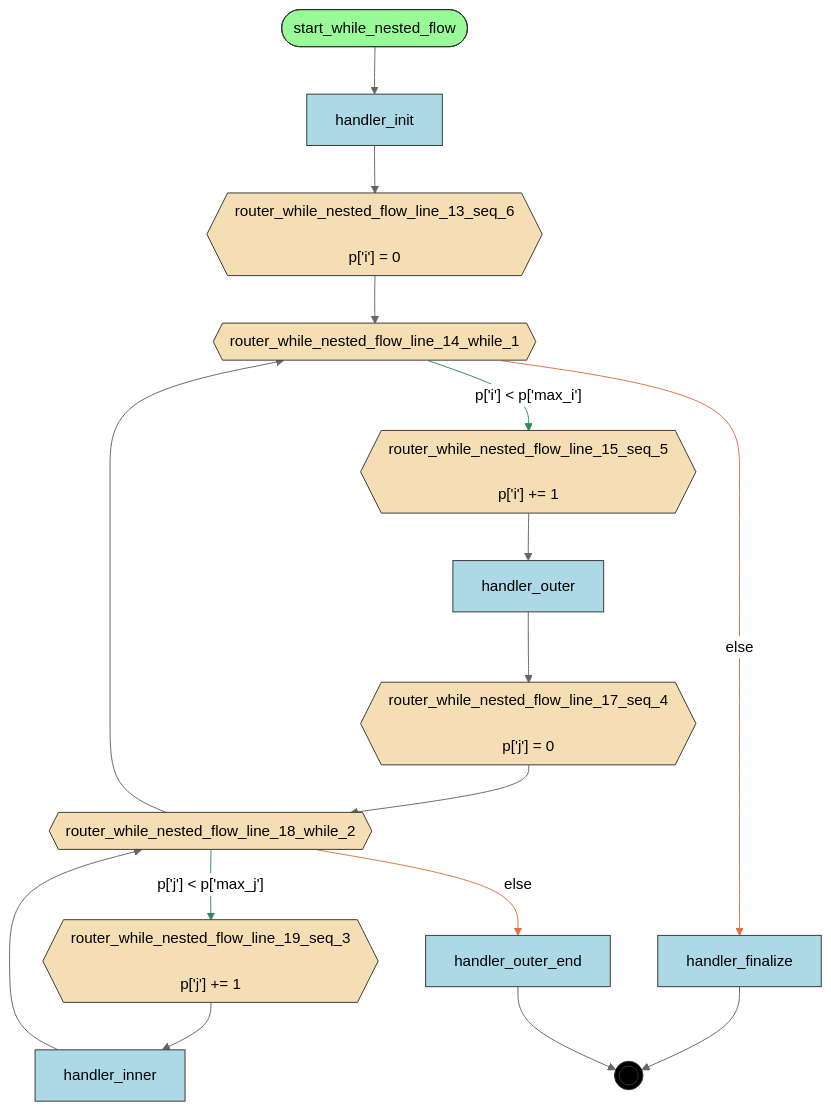
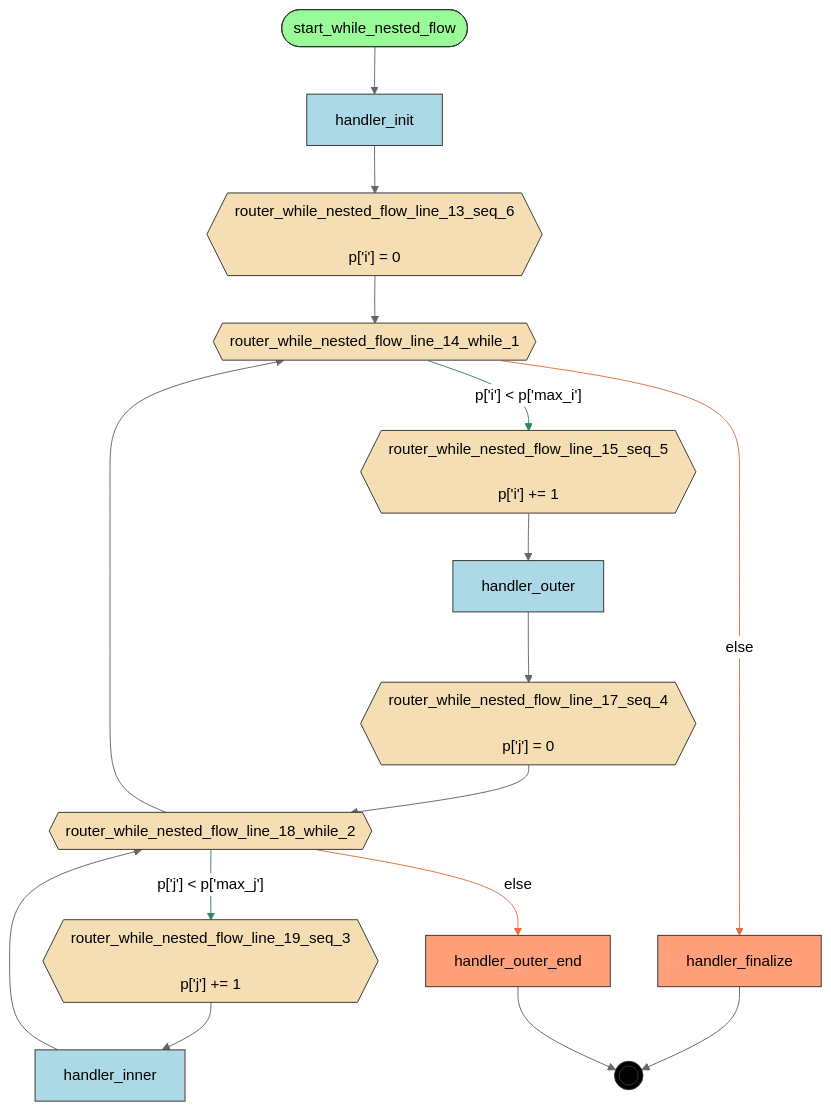
Before and after one commit to deliveryhero/asya: the diagram in examples/flows/compiled/while_nested/flow.mmd, drawn with Mermaid (neutral theme). The commit also changed 364 other files, not shown here.

First line of the commit message:
feat(compiler): Phase 2 — 5-step pipeline with manifest generation and FlowInfo (#339)

```diff
--- a/examples/flows/compiled/while_nested/flow.mmd
+++ b/examples/flows/compiled/while_nested/flow.mmd
@@ -1,43 +1,45 @@
 flowchart TD
     %% Flow: while_nested_flow
 
     handler_finalize[handler_finalize]
     handler_init[handler_init]
     handler_inner[handler_inner]
     handler_outer[handler_outer]
     handler_outer_end[handler_outer_end]
     router_while_nested_flow_line_13_seq_6{{"router_while_nested_flow_line_13_seq_6<br/><br/>p['i'] = 0"}}
     router_while_nested_flow_line_14_while_1{{router_while_nested_flow_line_14_while_1}}
     router_while_nested_flow_line_15_seq_5{{"router_while_nested_flow_line_15_seq_5<br/><br/>p['i'] += 1"}}
     router_while_nested_flow_line_17_seq_4{{"router_while_nested_flow_line_17_seq_4<br/><br/>p['j'] = 0"}}
     router_while_nested_flow_line_18_while_2{{router_while_nested_flow_line_18_while_2}}
     router_while_nested_flow_line_19_seq_3{{"router_while_nested_flow_line_19_seq_3<br/><br/>p['j'] += 1"}}
     start_while_nested_flow([start_while_nested_flow])
     __end__((( )))
 
     start_while_nested_flow --> handler_init
     handler_init --> router_while_nested_flow_line_13_seq_6
     router_while_nested_flow_line_19_seq_3 --> handler_inner
     router_while_nested_flow_line_18_while_2 -->|"p['j'] < p['max_j']"| router_while_nested_flow_line_19_seq_3
     router_while_nested_flow_line_18_while_2 -->|"else"| handler_outer_end
     router_while_nested_flow_line_17_seq_4 --> router_while_nested_flow_line_18_while_2
     router_while_nested_flow_line_15_seq_5 --> handler_outer
     handler_outer --> router_while_nested_flow_line_17_seq_4
     router_while_nested_flow_line_14_while_1 -->|"p['i'] < p['max_i']"| router_while_nested_flow_line_15_seq_5
     router_while_nested_flow_line_14_while_1 -->|"else"| handler_finalize
     router_while_nested_flow_line_13_seq_6 --> router_while_nested_flow_line_14_while_1
     handler_inner --> router_while_nested_flow_line_18_while_2
     router_while_nested_flow_line_18_while_2 --> router_while_nested_flow_line_14_while_1
     handler_finalize --> __end__
     handler_outer_end --> __end__
 
-    classDef entrypoint fill:#98FB98,stroke:#333
+    classDef start fill:#98FB98,stroke:#333
+    classDef endnode fill:#FFA07A,stroke:#333
     classDef router fill:#F5DEB3,stroke:#333
     classDef handler fill:#ADD8E6,stroke:#333
     classDef endpoint fill:#000,stroke:#333,color:#fff
-    class start_while_nested_flow entrypoint
+    class start_while_nested_flow start
+    class handler_finalize,handler_outer_end endnode
     class router_while_nested_flow_line_13_seq_6,router_while_nested_flow_line_14_while_1,router_while_nested_flow_line_15_seq_5,router_while_nested_flow_line_17_seq_4,router_while_nested_flow_line_18_while_2,router_while_nested_flow_line_19_seq_3 router
-    class handler_finalize,handler_init,handler_inner,handler_outer,handler_outer_end handler
+    class handler_init,handler_inner,handler_outer handler
     class __end__ endpoint
     linkStyle 3,8 stroke:#2E8B57
     linkStyle 4,9 stroke:#E07040
```
